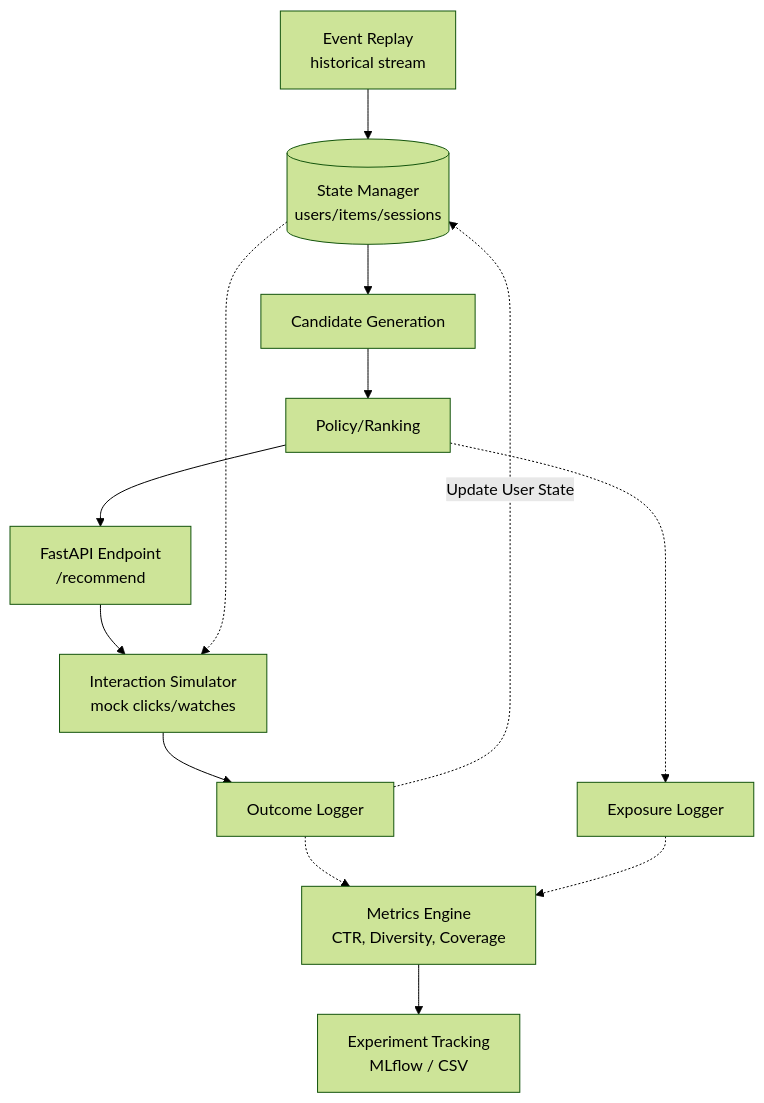
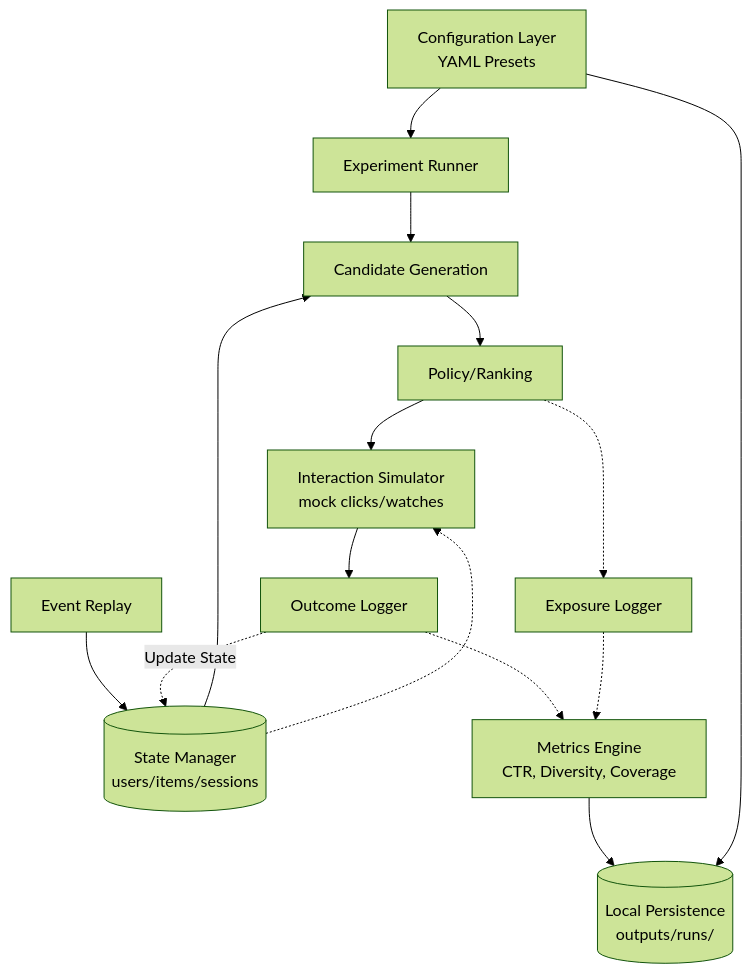
Before and after one commit to SuperfiedStudd/recommendation-quality-lab: the diagram in README.md, drawn with Mermaid (forest theme). The commit also changed other lines of this file and 27 other files, not shown here.

Commit message:
feat: QA pass — enriched summaries, fixed comparison charts, added screenshots and documentation

````diff
--- a/README.md
+++ b/README.md
@@ -69,18 +50,22 @@
 ```mermaid
 graph TD
-    A[Event Replay <br> historical stream] --> B[(State Manager <br> users/items/sessions)]
+    Config[Configuration Layer <br> YAML Presets] --> Runner[Experiment Runner]
     
+    A[Event Replay] --> B[(State Manager <br> users/items/sessions)]
+    
+    Runner --> C
     C[Candidate Generation] --> D[Policy/Ranking]
     B --> C
-    D --> E[FastAPI Endpoint <br> /recommend]
     
-    E --> F[Interaction Simulator <br> mock clicks/watches]
+    D --> F[Interaction Simulator <br> mock clicks/watches]
     F --> G[Outcome Logger]
     B -.-> F
-    G -.-> |Update User State| B
+    G -.-> |Update State| B
     
     D -.-> H[Exposure Logger]
     G -.-> I[Metrics Engine <br> CTR, Diversity, Coverage]
     H -.-> I
-    I --> J[Experiment Tracking <br> MLflow / CSV]
+    
+    I --> Output[(Local Persistence <br> outputs/runs/)]
+    Config --> Output
 ```
````
